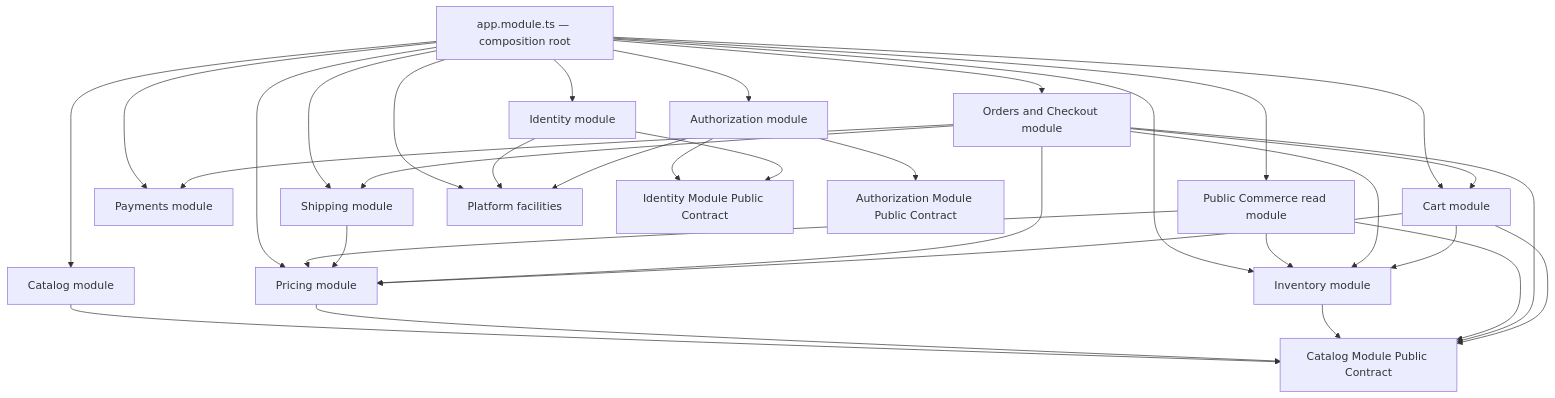
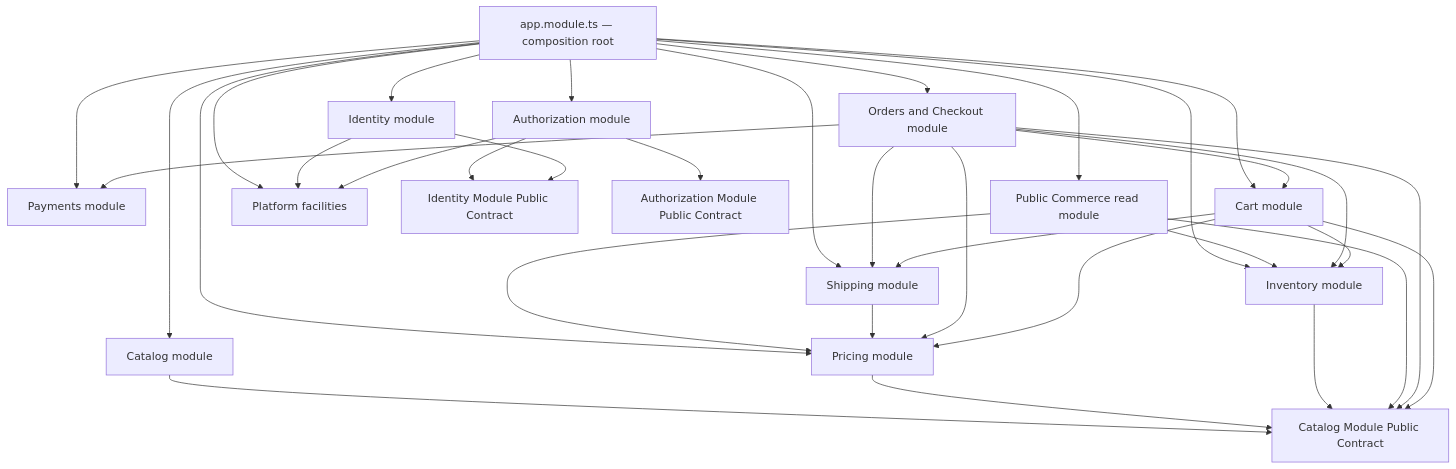
Before and after one commit to alireza-constantin/better-commerce: the first of 2 diagrams in docs/architecture/module-map.md, drawn with Mermaid. The commit also changed 15 other files, not shown here.

````diff
--- a/docs/architecture/module-map.md
+++ b/docs/architecture/module-map.md
@@ -90,51 +90,52 @@
 ```mermaid
 flowchart TD
     Composition["app.module.ts — composition root"]
     Identity["Identity module"]
     Authorization["Authorization module"]
     Catalog["Catalog module"]
     Pricing["Pricing module"]
     Inventory["Inventory module"]
     Shipping["Shipping module"]
     Payments["Payments module"]
     Cart["Cart module"]
     Orders["Orders and Checkout module"]
     PublicCommerce["Public Commerce read module"]
     Platform["Platform facilities"]
     IdentityContract["Identity Module Public Contract"]
     AuthorizationContract["Authorization Module Public Contract"]
     CatalogContract["Catalog Module Public Contract"]
 
     Composition --> Identity
     Composition --> Authorization
     Composition --> Catalog
     Composition --> Pricing
     Composition --> Inventory
     Composition --> Shipping
     Composition --> Payments
     Composition --> Cart
     Composition --> Orders
     Composition --> PublicCommerce
     Composition --> Platform
     Authorization --> IdentityContract
     Identity --> Platform
     Authorization --> Platform
     Identity --> IdentityContract
     Authorization --> AuthorizationContract
     Catalog --> CatalogContract
     Pricing --> CatalogContract
     Inventory --> CatalogContract
     PublicCommerce --> CatalogContract
     PublicCommerce --> Pricing
     PublicCommerce --> Inventory
     Shipping --> Pricing
     Orders --> CatalogContract
     Orders --> Pricing
     Orders --> Inventory
     Orders --> Shipping
     Orders --> Payments
     Cart --> CatalogContract
     Cart --> Pricing
     Cart --> Inventory
+    Cart --> Shipping
     Orders --> Cart
 ```
````
